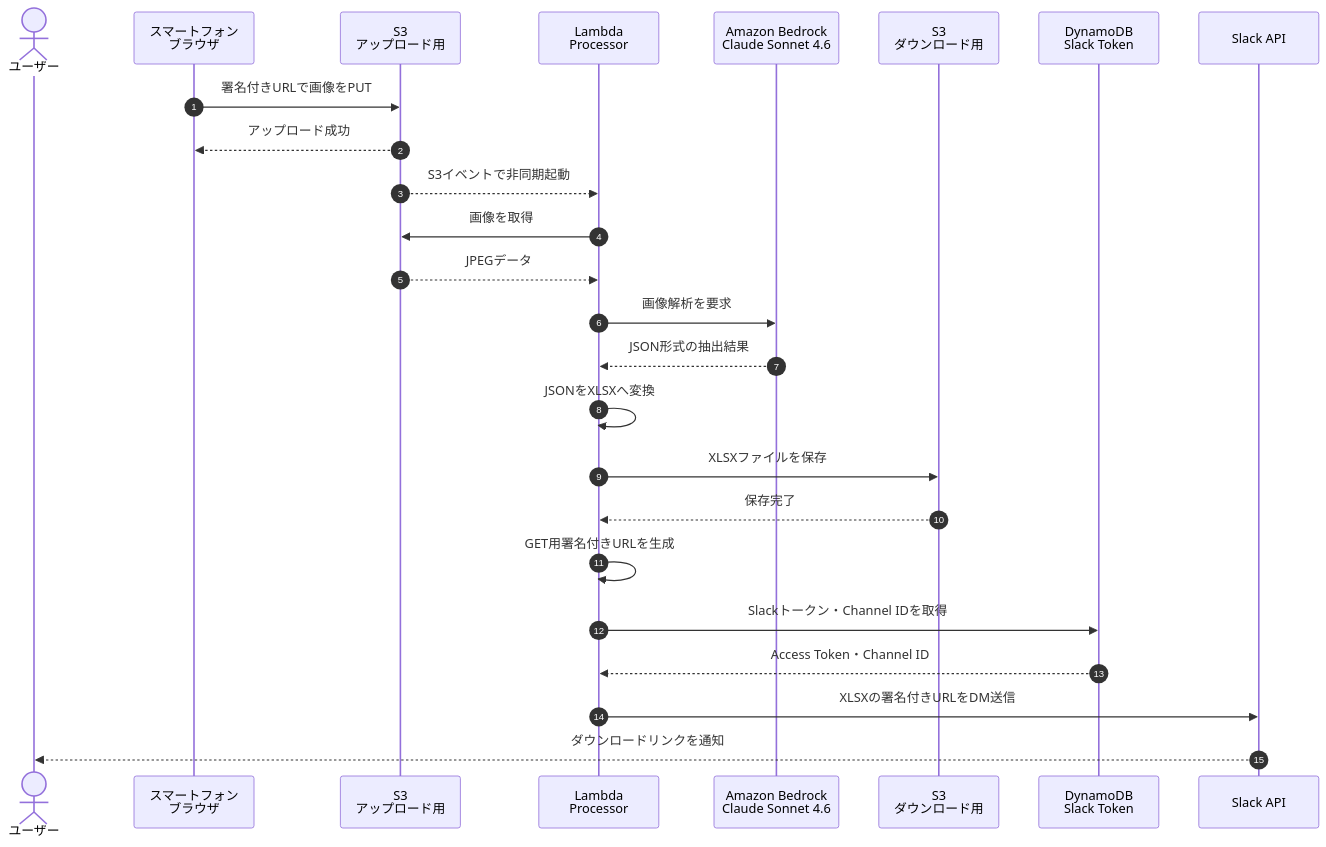
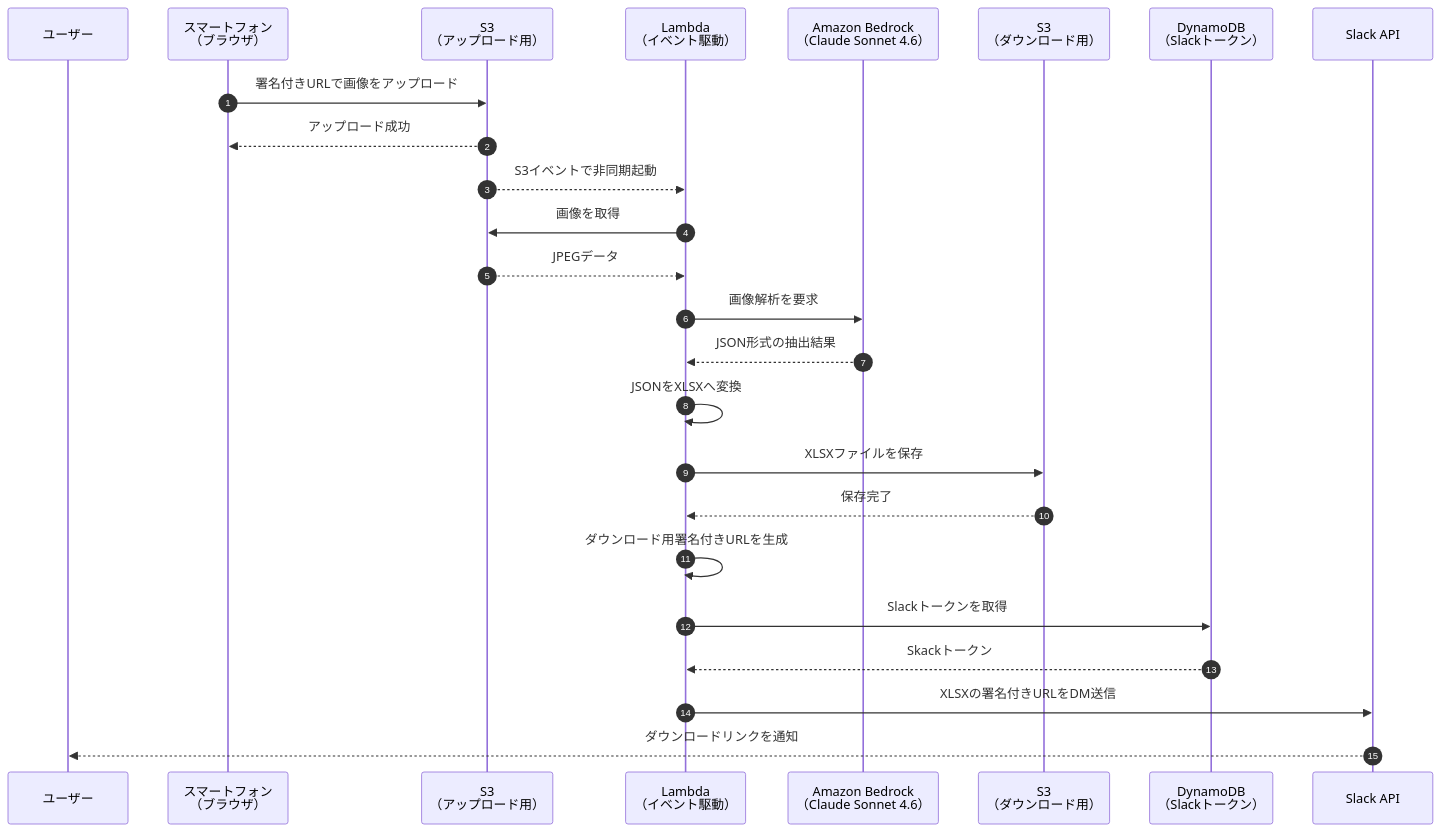
The third of 4 diagrams in README.md (vinylhousegarage/jpeg-to-xlsx), drawn with Mermaid before and after one commit. The commit also changed other lines of this file, not shown here.

Commit message:
docs(readme): fix formatting and sequence diagrams

````diff
--- a/README.md
+++ b/README.md
@@ -94,32 +94,32 @@
 ```mermaid
 sequenceDiagram
   autonumber
-  actor User as ユーザー
-  participant Browser as スマートフォン<br/>ブラウザ
-  participant S3Input as S3<br/>アップロード用
-  participant Processor as Lambda<br/>Processor
-  participant Bedrock as Amazon Bedrock<br/>Claude Sonnet 4.6
-  participant S3Output as S3<br/>ダウンロード用
-  participant TokenDB as DynamoDB<br/>Slack Token
+  participant User as ユーザー
+  participant Browser as スマートフォン<br/>（ブラウザ）
+  participant S3Input as S3<br/>（アップロード用）
+  participant Processor as Lambda<br/>（イベント駆動）
+  participant Bedrock as Amazon Bedrock<br/>（Claude Sonnet 4.6）
+  participant S3Output as S3<br/>（ダウンロード用）
+  participant TokenDB as DynamoDB<br/>（Slackトークン）
   participant Slack as Slack API
 
-  Browser->>S3Input: 署名付きURLで画像をPUT
+  Browser->>S3Input: 署名付きURLで画像をアップロード
   S3Input-->>Browser: アップロード成功
 
   S3Input-->>Processor: S3イベントで非同期起動
   Processor->>S3Input: 画像を取得
   S3Input-->>Processor: JPEGデータ
 
   Processor->>Bedrock: 画像解析を要求
   Bedrock-->>Processor: JSON形式の抽出結果
   Processor->>Processor: JSONをXLSXへ変換
 
   Processor->>S3Output: XLSXファイルを保存
   S3Output-->>Processor: 保存完了
-  Processor->>Processor: GET用署名付きURLを生成
+  Processor->>Processor: ダウンロード用署名付きURLを生成
 
-  Processor->>TokenDB: Slackトークン・Channel IDを取得
-  TokenDB-->>Processor: Access Token・Channel ID
+  Processor->>TokenDB: Slackトークンを取得
+  TokenDB-->>Processor: Skackトークン
   Processor->>Slack: XLSXの署名付きURLをDM送信
   Slack-->>User: ダウンロードリンクを通知
 ```
````
